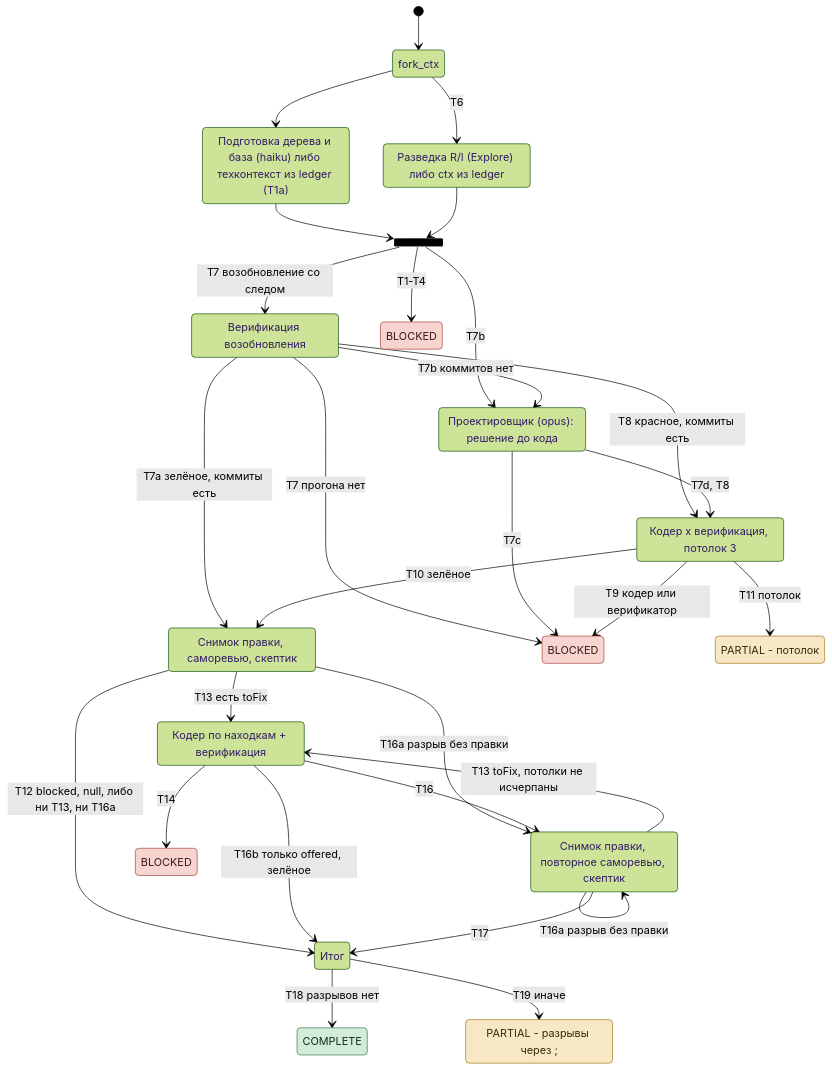
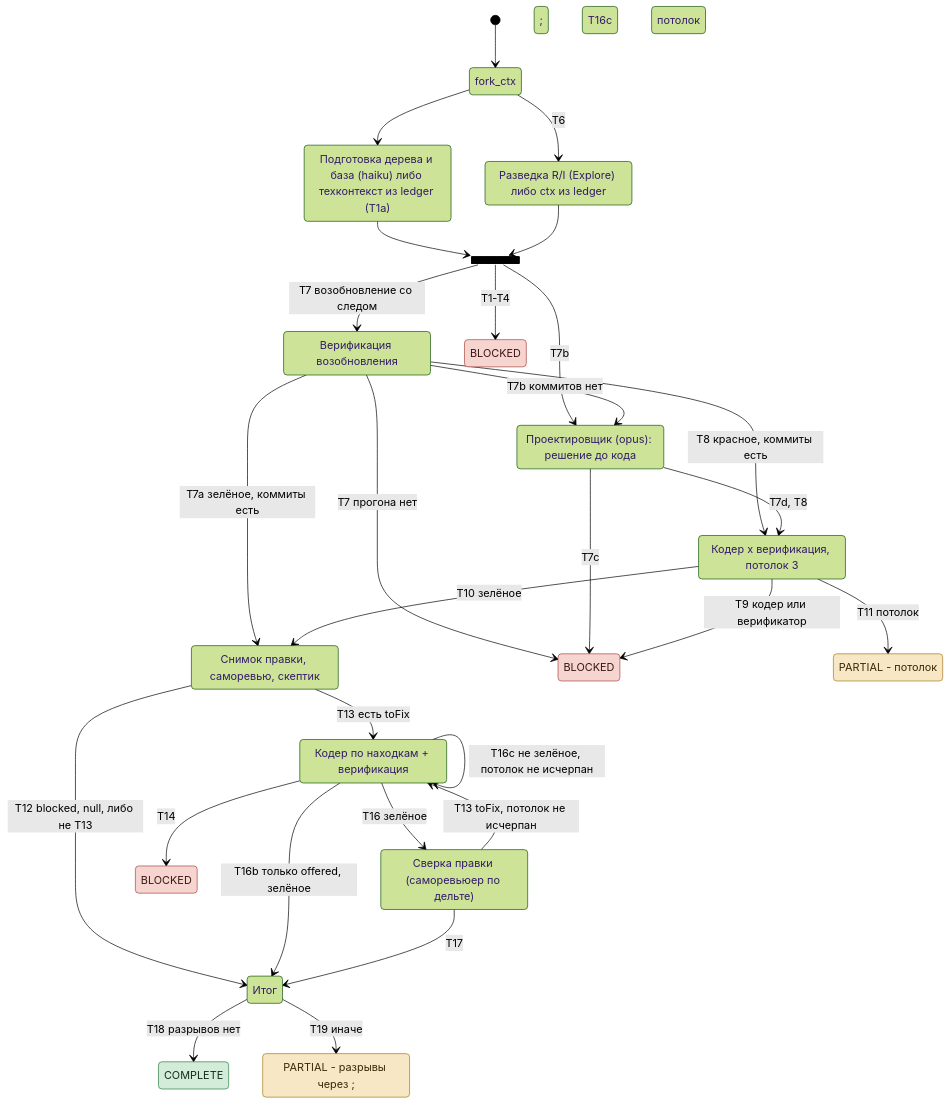
Before and after one commit to dex-it/ai-kit: the diagram in plugins/auto/docs/tracks/feature.md, drawn with Mermaid (forest theme). The commit also changed other lines of this file and 17 other files, not shown here.

First line of the commit message:
refactor(auto): одно ревью на прогон, после правки по находкам - сверка правки по её дельте

````diff
--- a/plugins/auto/docs/tracks/feature.md
+++ b/plugins/auto/docs/tracks/feature.md
@@ -15,58 +15,57 @@
 ```mermaid
 stateDiagram-v2
   direction TB
   [*] --> fork_ctx
   state fork_ctx <<fork>>
   state join_ctx <<join>>
   state "Подготовка дерева и база (haiku) либо техконтекст из ledger (T1a)" as Prep
   state "Разведка R/I (Explore) либо ctx из ledger" as Req
   state "Верификация возобновления" as VerR
   state "Проектировщик (opus): решение до кода" as Des
   state "Кодер x верификация, потолок 3" as Fix
   state "Снимок правки, саморевью, скептик" as Rev
   state "Кодер по находкам + верификация" as Fix2
-  state "Снимок правки, повторное саморевью, скептик" as Rev2
+  state "Сверка правки (саморевьюер по дельте)" as Rev2
   state "Итог" as Final
 
   state "BLOCKED" as B1
   state "BLOCKED" as B2
   state "BLOCKED" as B3
   state "PARTIAL - потолок" as P0
   state "COMPLETE" as C
   state "PARTIAL - разрывы через ;" as P1
 
   fork_ctx --> Prep
   fork_ctx --> Req: T6
   Prep --> join_ctx
   Req --> join_ctx
   join_ctx --> B1: T1-T4
   join_ctx --> VerR: T7 возобновление со следом
   join_ctx --> Des: T7b
   VerR --> B2: T7 прогона нет
   VerR --> Des: T7b коммитов нет
   VerR --> Fix: T8 красное, коммиты есть
   VerR --> Rev: T7a зелёное, коммиты есть
   Des --> B2: T7c
   Des --> Fix: T7d, T8
   Fix --> B2: T9 кодер или верификатор
   Fix --> P0: T11 потолок
   Fix --> Rev: T10 зелёное
-  Rev --> Final: T12 blocked, null, либо ни T13, ни T16a
+  Rev --> Final: T12 blocked, null, либо не T13
   Rev --> Fix2: T13 есть toFix
-  Rev --> Rev2: T16a разрыв без правки
   Fix2 --> B3: T14
-  Fix2 --> Rev2: T16
-  Fix2 --> Final: T16b только offered, зелёное
-  Rev2 --> Fix2: T13 toFix, потолки не исчерпаны
-  Rev2 --> Rev2: T16a разрыв без правки
+  Fix2 --> Rev2: T16 зелёное
+  Fix2 --> Fix2: T16c не зелёное, потолок не исчерпан
+  Fix2 --> Final: T16b только offered, зелёное; T16c потолок
+  Rev2 --> Fix2: T13 toFix, потолок не исчерпан
   Rev2 --> Final: T17
   Final --> C: T18 разрывов нет
   Final --> P1: T19 иначе
 
   classDef stop fill:#f6d5d1,stroke:#a8453b,color:#3b1512
   classDef part fill:#f7e7c4,stroke:#a57a1c,color:#3a2a06
   classDef done fill:#d3ecd9,stroke:#2f7a45,color:#0f2e18
   class B1,B2,B3 stop
   class P0,P1 part
   class C done
 ```
````
